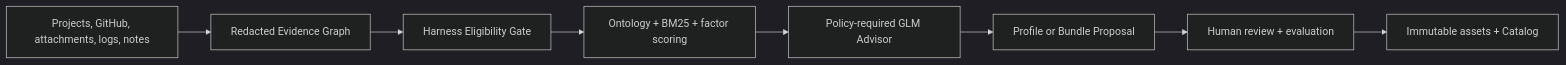
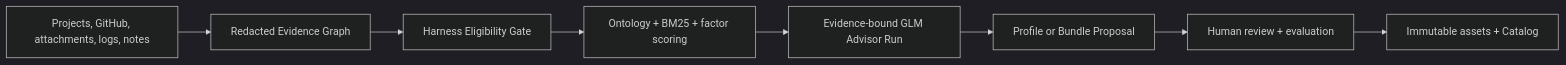
Before and after one commit to yeliang-wang/evopilot-harness: the diagram in README.md, drawn with Mermaid (dark theme). The commit also changed other lines of this file and 37 other files, not shown here.

````diff
--- a/README.md
+++ b/README.md
@@ -63,10 +64,10 @@
 ```mermaid
 flowchart LR
   Sources["Projects, GitHub, attachments, logs, notes"] --> Graph["Redacted Evidence Graph"]
   Graph --> Gate["Harness Eligibility Gate"]
   Gate --> Match["Ontology + BM25 + factor scoring"]
-  Match --> Advisor["Policy-required GLM Advisor"]
+  Match --> Advisor["Evidence-bound GLM Advisor Run"]
   Advisor --> Proposal["Profile or Bundle Proposal"]
   Proposal --> Review["Human review + evaluation"]
   Review --> Catalog["Immutable assets + Catalog"]
 ```
````
